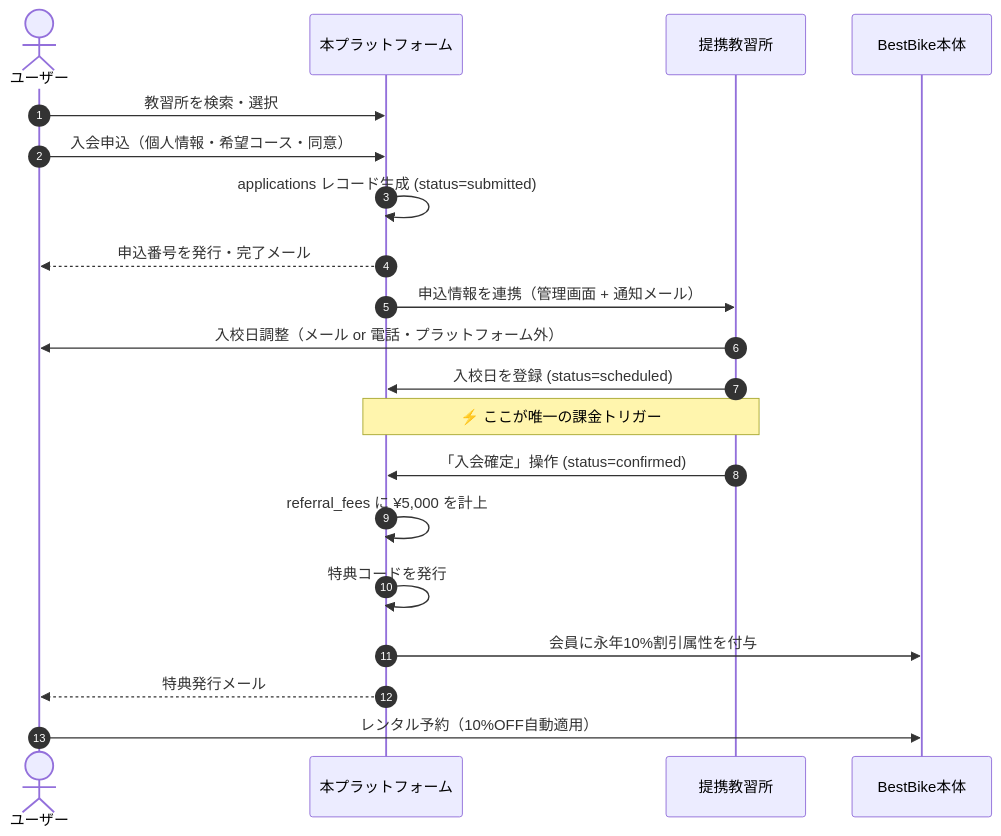
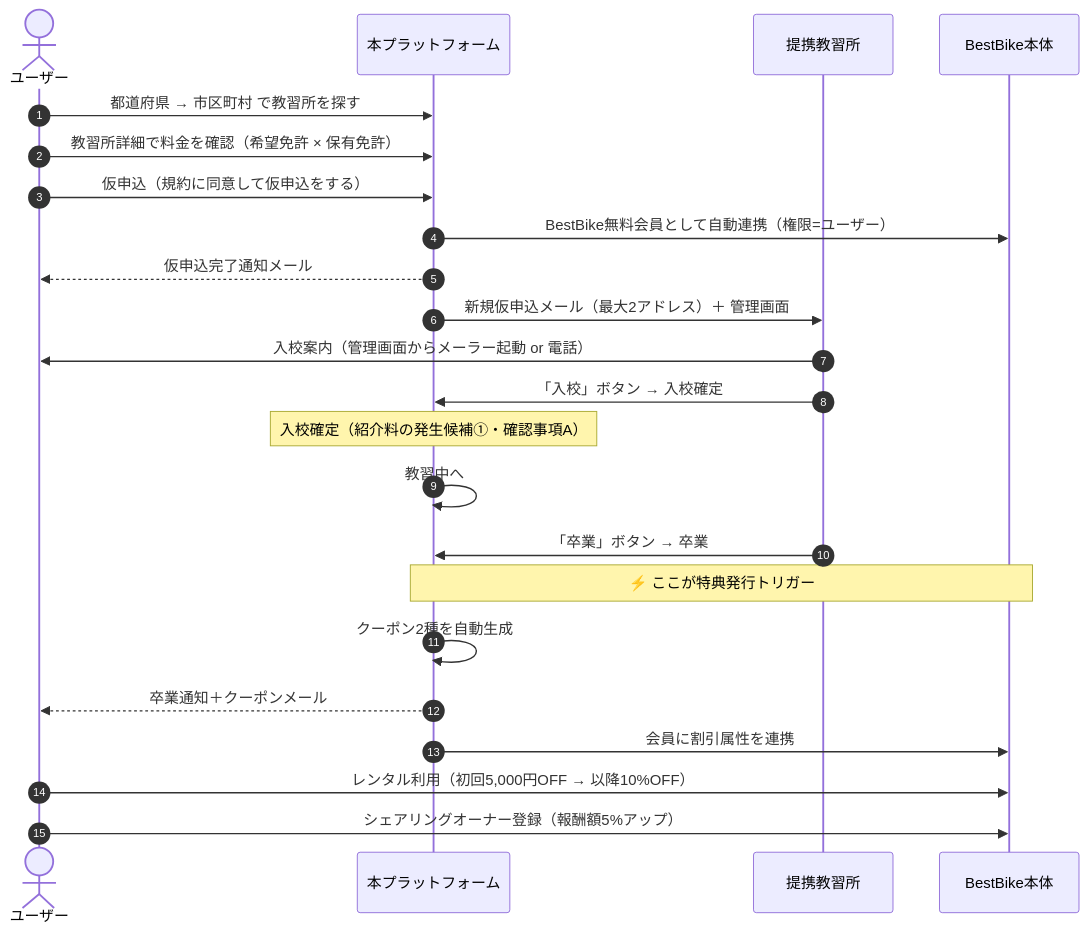
The third of 4 diagrams in docs/01_requirements.md (Sho0922/bestbike_matching-), drawn with Mermaid before and after one commit. The commit also changed other lines of this file and 10 other files, not shown here.

````diff
--- a/docs/01_requirements.md
+++ b/docs/01_requirements.md
@@ -125,23 +102,28 @@
 ```mermaid
 sequenceDiagram
   autonumber
   actor U as ユーザー
   participant P as 本プラットフォーム
   participant S as 提携教習所
   participant B as BestBike本体
 
-  U->>P: 教習所を検索・選択
-  U->>P: 入会申込（個人情報・希望コース・同意）
-  P->>P: applications レコード生成 (status=submitted)
-  P-->>U: 申込番号を発行・完了メール
-  P->>S: 申込情報を連携（管理画面 + 通知メール）
-  S->>U: 入校日調整（メール or 電話・プラットフォーム外）
-  S->>P: 入校日を登録 (status=scheduled)
-  Note over S,P: ⚡ ここが唯一の課金トリガー
-  S->>P: 「入会確定」操作 (status=confirmed)
-  P->>P: referral_fees に ¥5,000 を計上
-  P->>P: 特典コードを発行
-  P->>B: 会員に永年10%割引属性を付与
-  P-->>U: 特典発行メール
-  U->>B: レンタル予約（10%OFF自動適用）
+  U->>P: 都道府県 → 市区町村 で教習所を探す
+  U->>P: 教習所詳細で料金を確認（希望免許 × 保有免許）
+  U->>P: 仮申込（規約に同意して仮申込をする）
+  P->>B: BestBike無料会員として自動連携（権限=ユーザー）
+  P-->>U: 仮申込完了通知メール
+  P->>S: 新規仮申込メール（最大2アドレス）＋ 管理画面
+
+  S->>U: 入校案内（管理画面からメーラー起動 or 電話）
+  S->>P: 「入校」ボタン → 入校確定
+  Note over P: 入校確定（紹介料の発生候補①・確認事項A）
+  P->>P: 教習中へ
+
+  S->>P: 「卒業」ボタン → 卒業
+  Note over P,B: ⚡ ここが特典発行トリガー
+  P->>P: クーポン2種を自動生成
+  P-->>U: 卒業通知＋クーポンメール
+  P->>B: 会員に割引属性を連携
+  U->>B: レンタル利用（初回5,000円OFF → 以降10%OFF）
+  U->>B: シェアリングオーナー登録（報酬額5%アップ）
 ```
````
